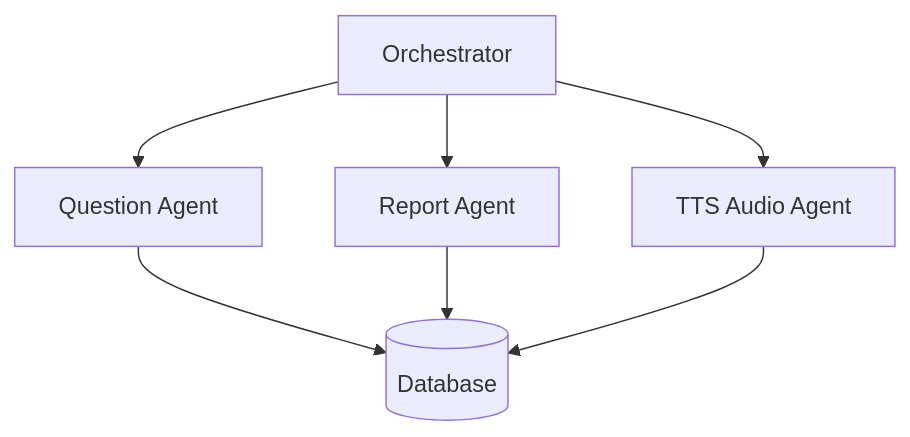
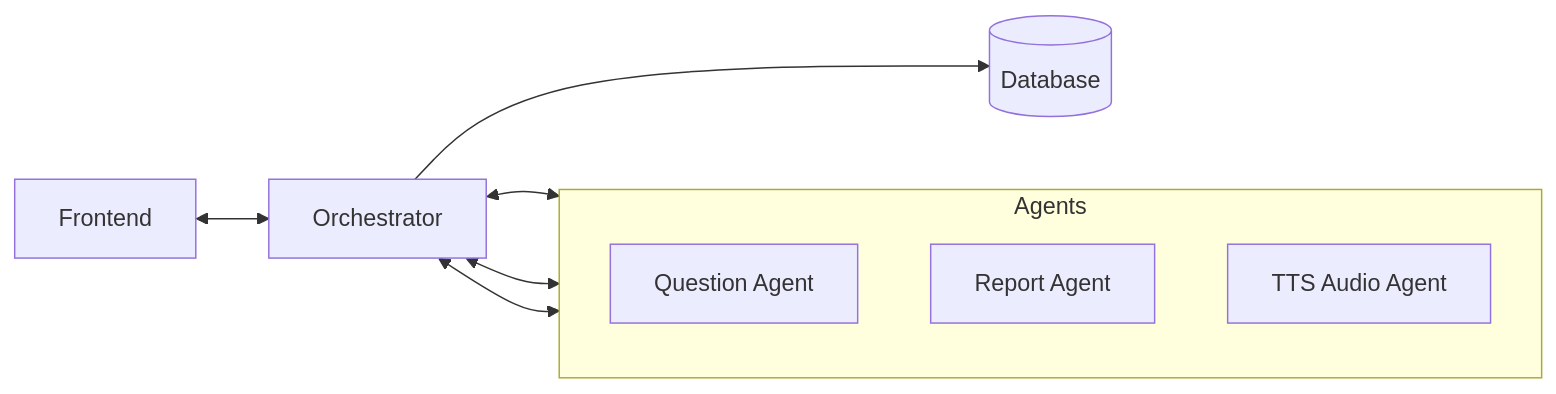
The diagram in backend/README.md (joaopedroangelo/Estrela_do_Saber), drawn with Mermaid before and after one commit.

````diff
--- a/backend/README.md
+++ b/backend/README.md
@@ -18,9 +18,23 @@
 ```mermaid
-flowchart TD
-    O[Orchestrator] --> Q[Question Agent]
-    O --> R[Report Agent]
-    O --> T[TTS Audio Agent]
-    Q --> DB[(Database)]
-    R --> DB
-    T --> DB
+flowchart LR
+    %% Componentes
+    FE[Frontend]
+    O[Orchestrator]
+    DB[(Database)]
+
+    %% Subgraph para os agentes abaixo do Orchestrator
+    subgraph Agents
+        direction TB
+        Q[Question Agent]
+        R[Report Agent]
+        T[TTS Audio Agent]
+    end
+
+    %% Fluxo bidirecional
+    FE <--> O
+    O <--> Q
+    O <--> R
+    O <--> T
+    O --> DB
+
 ```
````
